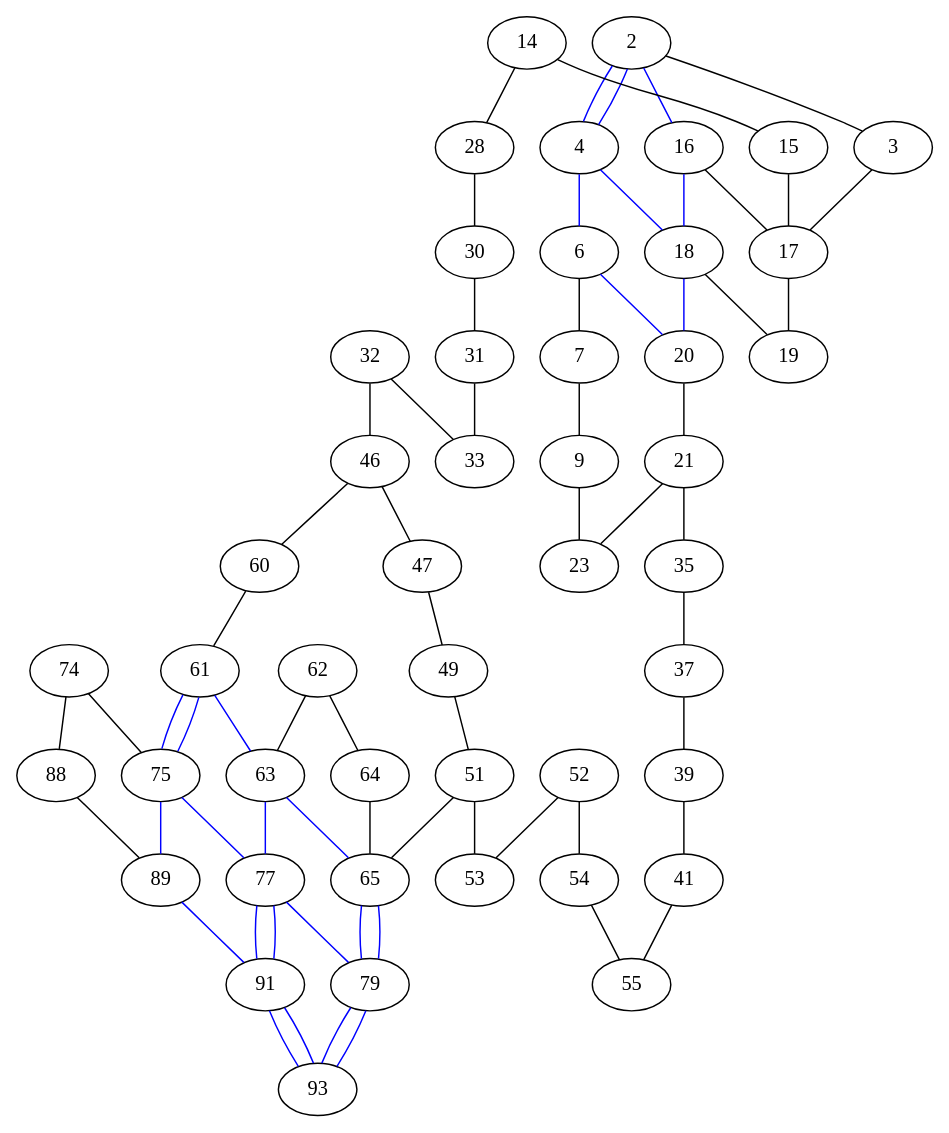
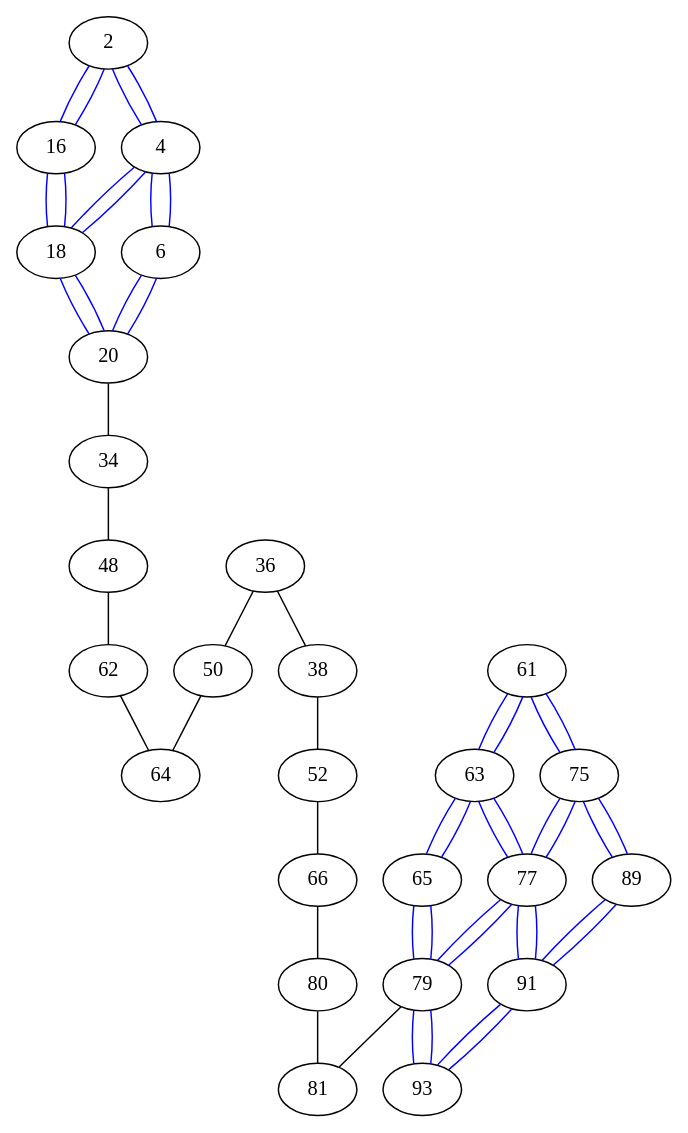
One commit to marcoputon/CircuitRouting changed the diagram in src/grau1.dot. Above: the diagram before and after it, drawn with Graphviz. The commit also changed 10 other files, not shown here.

```diff
--- a/src/grau1.dot
+++ b/src/grau1.dot
@@ -1,66 +1,52 @@
 graph {
-52 -- 53
-46 -- 47
-20 -- 21
-88 -- 89
-2 -- 3
-18 -- 19
-74 -- 75
-16 -- 17
-6 -- 7
-14 -- 15
-32 -- 33
-64 -- 65
-30 -- 31
-62 -- 63
-60 -- 61
-54 -- 55
-52 -- 54
-39 -- 41
-49 -- 51
-21 -- 23
+2 -- 16 [color="blue"]
 2 -- 4 [color="blue"]
+4 -- 18 [color="blue"]
+4 -- 6 [color="blue"]
+6 -- 20 [color="blue"]
+16 -- 18 [color="blue"]
+18 -- 20 [color="blue"]
+61 -- 75 [color="blue"]
+61 -- 63 [color="blue"]
+63 -- 77 [color="blue"]
+63 -- 65 [color="blue"]
+65 -- 79 [color="blue"]
+75 -- 89 [color="blue"]
+75 -- 77 [color="blue"]
+77 -- 91 [color="blue"]
+77 -- 79 [color="blue"]
+79 -- 93 [color="blue"]
+89 -- 91 [color="blue"]
 91 -- 93 [color="blue"]
+20 -- 34
+50 -- 64
+48 -- 62
+52 -- 66
+36 -- 50
+34 -- 48
+38 -- 52
+36 -- 38
+79 -- 81
 62 -- 64
-79 -- 93 [color="blue"]
-77 -- 91 [color="blue"]
-74 -- 88
-35 -- 37
-17 -- 19
-7 -- 9
-31 -- 33
-65 -- 79 [color="blue"]
-61 -- 75 [color="blue"]
-15 -- 17
-51 -- 53
-37 -- 39
-28 -- 30
-32 -- 46
-41 -- 55
-51 -- 65
-21 -- 35
-14 -- 28
-46 -- 60
-3 -- 17
-9 -- 23
-47 -- 49
+66 -- 80
+80 -- 81
 2 -- 4 [color="blue"]
 4 -- 6 [color="blue"]
 16 -- 18 [color="blue"]
 18 -- 20 [color="blue"]
 2 -- 16 [color="blue"]
 4 -- 18 [color="blue"]
 6 -- 20 [color="blue"]
 61 -- 63 [color="blue"]
 63 -- 65 [color="blue"]
 75 -- 77 [color="blue"]
 77 -- 79 [color="blue"]
 89 -- 91 [color="blue"]
 91 -- 93 [color="blue"]
 61 -- 75 [color="blue"]
 75 -- 89 [color="blue"]
 63 -- 77 [color="blue"]
 77 -- 91 [color="blue"]
 65 -- 79 [color="blue"]
 79 -- 93 [color="blue"]
 }
```
